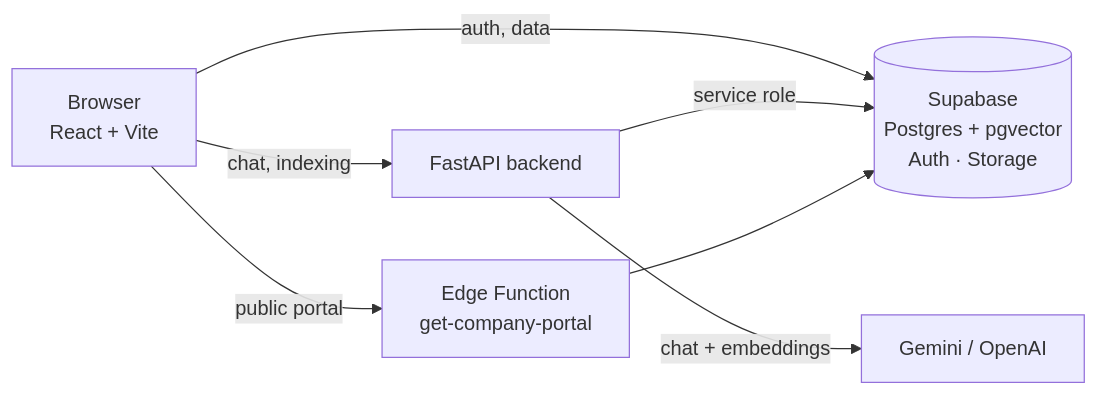
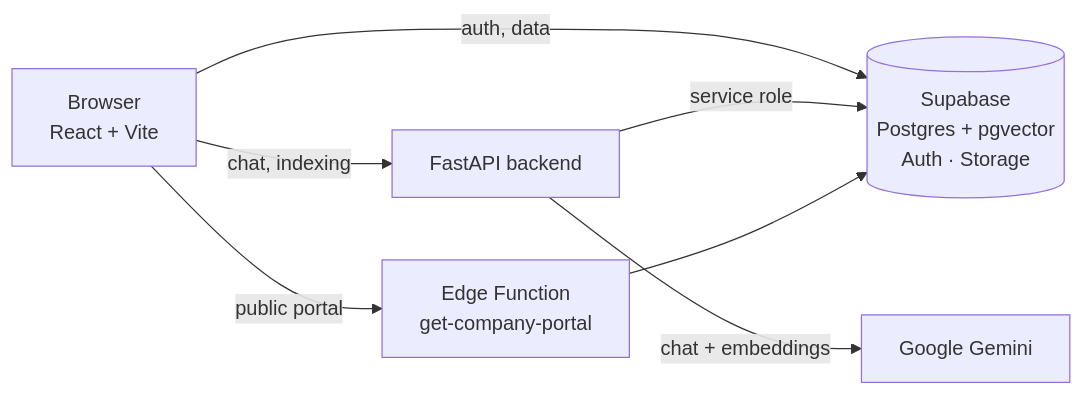
Before and after one commit to albertarla/doksights-oss: the diagram in README.md, drawn with Mermaid. The commit also changed other lines of this file and 1 other file, not shown here.

Commit message:
Document Google Gemini as the only supported AI provider

````diff
--- a/README.md
+++ b/README.md
@@ -35,9 +35,9 @@
 ```mermaid
 flowchart LR
     U[Browser<br/>React + Vite] -->|auth, data| S[(Supabase<br/>Postgres + pgvector<br/>Auth · Storage)]
     U -->|chat, indexing| B[FastAPI backend]
     B -->|service role| S
-    B -->|chat + embeddings| AI[Gemini / OpenAI]
+    B -->|chat + embeddings| AI[Google Gemini]
     U -->|public portal| F[Edge Function<br/>get-company-portal]
     F --> S
 ```
````
